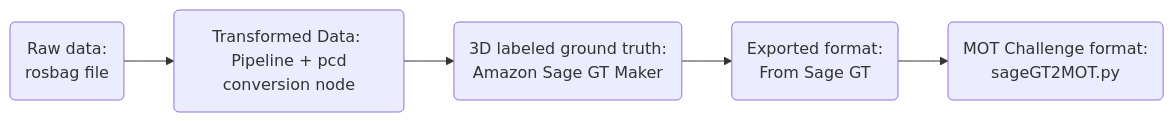
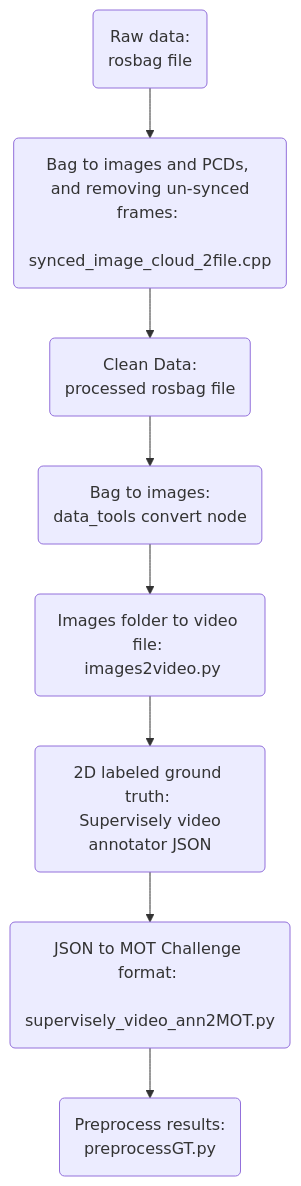
The first of 2 diagrams in Metrics/README.md (adrian-soch/cam_lidar_framework), drawn with Mermaid before and after one commit. The commit also changed other lines of this file and 63 other files, not shown here.

````diff
--- a/Metrics/README.md
+++ b/Metrics/README.md
@@ -11,7 +14,11 @@
 ```mermaid
-graph LR;
-    RawData(Raw data: \n rosbag file)-->Trans(Transformed Data: \n Pipeline + pcd conversion node);
-    Trans-->GroundTruth(3D labeled ground truth: \n Amazon Sage GT Maker);
-    GroundTruth-->ExportedFormat(Exported format: \n From Sage GT);
-    ExportedFormat-->MOTChallenge(MOT Challenge format: \n sageGT2MOT.py);
+graph TD;
+    RawData(Raw data: \n rosbag file)-->Clean(Bag to images and PCDs, \n and removing un-synced frames: \n synced_image_cloud_2file.cpp);
+    Clean-->Bag(Convert images + PCDs to clean bag: \n synced_file2image_cloud_msgs.cpp);
+
+    Bag(Clean Data: \n processed rosbag file)-->Trans(Bag to images: \n data_tools convert node);
+    Trans-->Video(Images folder to video file: \n images2video.py);
+    Video-->GroundTruth(2D labeled ground truth: \n Supervisely video annotator JSON);
+    GroundTruth-->MOTChallenge(JSON to MOT Challenge format: \n supervisely_video_ann2MOT.py);
+    MOTChallenge-->Processed(Preprocess results: \n preprocessGT.py);
 ```
````
